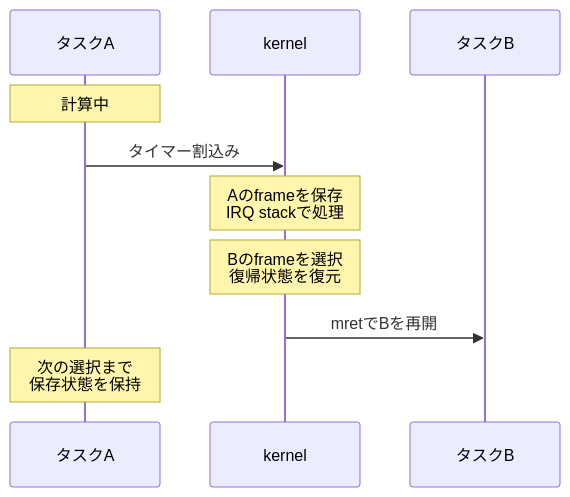
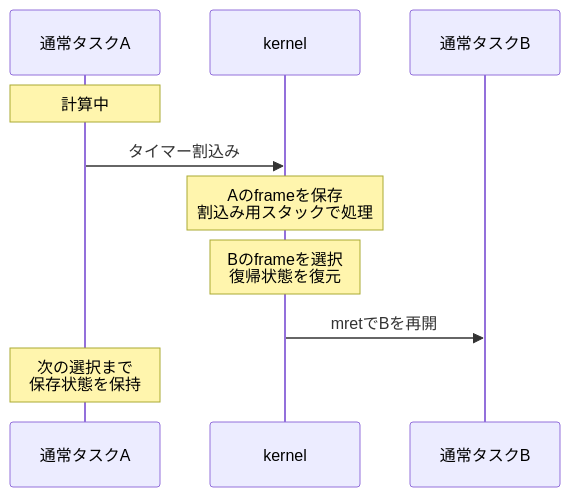
The diagram in docs/book/figures/context-switch.mmd (masanork/nihos), drawn with Mermaid before and after one commit. The commit also changed 78 other files, not shown here.

```diff
--- a/docs/book/figures/context-switch.mmd
+++ b/docs/book/figures/context-switch.mmd
@@ -1,12 +1,12 @@
 sequenceDiagram
     accTitle: 保存した復帰先を、別のタスクへ切り替える
     accDescr: タスクAへのタイマー割込みでframeを保存し、kernelがタスクBのframeを選ぶ。mretはBを再開し、Aは次に選ばれるまで保存状態を保持する。
-    participant A as タスクA
+    participant A as 通常タスクA
     participant K as kernel
-    participant B as タスクB
+    participant B as 通常タスクB
     Note over A: 計算中
     A->>K: タイマー割込み
-    Note over K: Aのframeを保存<br/>IRQ stackで処理
+    Note over K: Aのframeを保存<br/>割込み用スタックで処理
     Note over K: Bのframeを選択<br/>復帰状態を復元
     K->>B: mretでBを再開
     Note over A: 次の選択まで<br/>保存状態を保持
```
